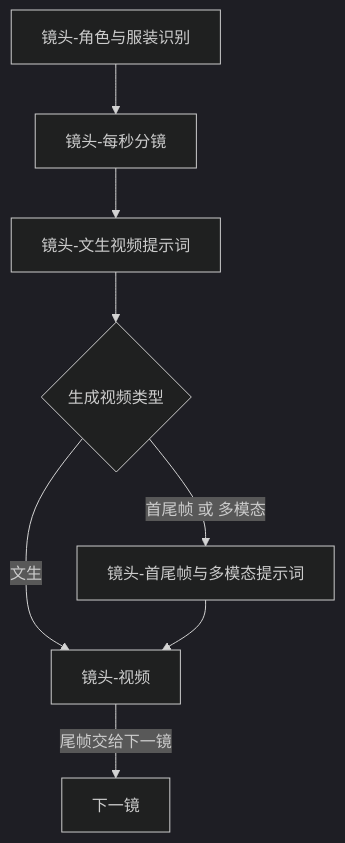
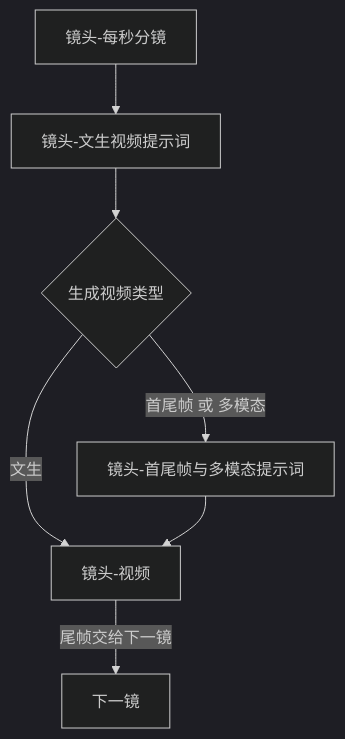
The second of 3 diagrams in meiji/dev_docs/制作工作流.md (senbenyi/meiji-harness), drawn with Mermaid (dark theme) before and after one commit. The commit also changed other lines of this file and 117 other files, not shown here.

````diff
--- a/meiji/dev_docs/制作工作流.md
+++ b/meiji/dev_docs/制作工作流.md
@@ -78,15 +78,14 @@
 ```mermaid
 flowchart TD
-  binding["镜头-角色与服装识别"]
   sec["镜头-每秒分镜"]
   text["镜头-文生视频提示词"]
   kind{"生成视频类型"}
   pack["镜头-首尾帧与多模态提示词"]
   video["镜头-视频"]
   next["下一镜"]
 
-  binding --> sec --> text --> kind
+  sec --> text --> kind
   kind -->|文生| video
   kind -->|首尾帧 或 多模态| pack --> video
   video -->|尾帧交给下一镜| next
 ```
````
